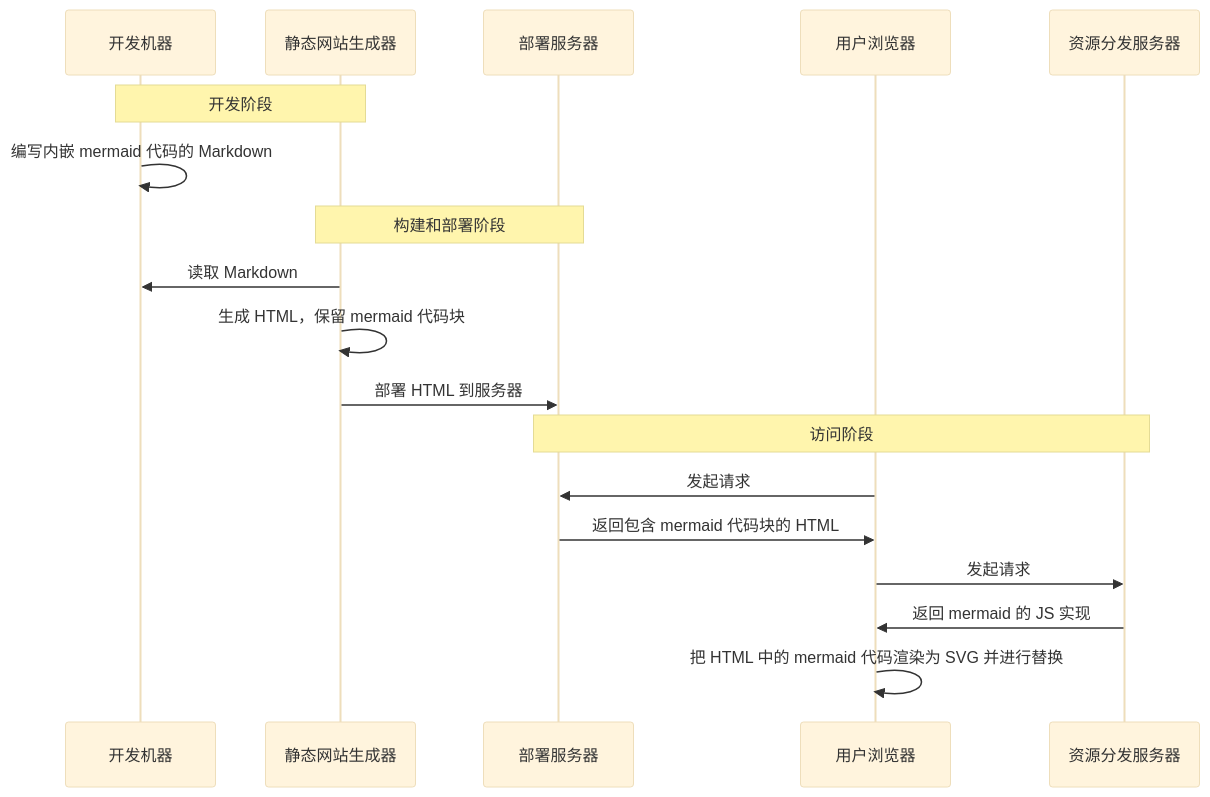
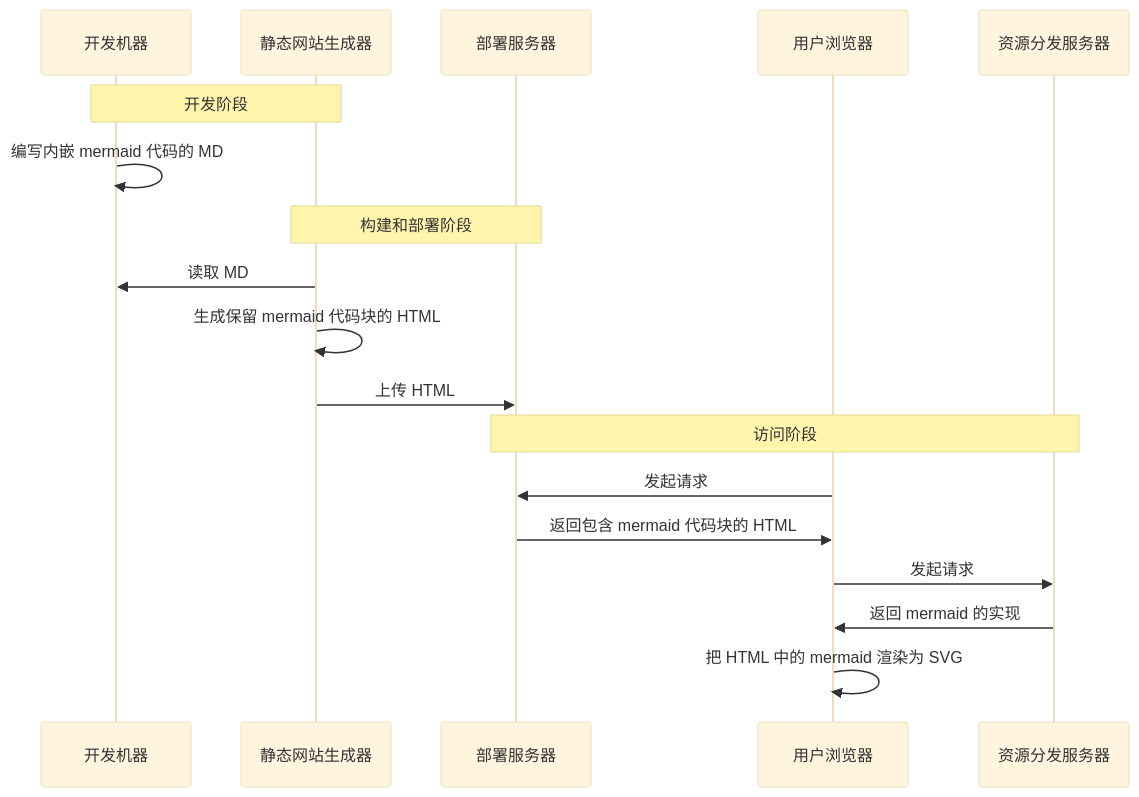
One commit to Juemuren/DevNotes changed the second of 2 diagrams in docs/文档工具/Mermaid.md. Above: the diagram before and after it, drawn with Mermaid (base theme). The commit also changed other lines of this file and 10 other files, not shown here.

````diff
--- a/docs/文档工具/Mermaid.md
+++ b/docs/文档工具/Mermaid.md
@@ -44,23 +44,23 @@
 ```mmd
 sequenceDiagram
     participant DM as 开发机器
     participant SSG as 静态网站生成器
     participant DS as 部署服务器
     participant B as 用户浏览器
     participant RDS as 资源分发服务器
     
     Note over DM, SSG: 开发阶段
-    DM ->> DM: 编写内嵌 mermaid 代码的 Markdown
+    DM ->> DM: 编写内嵌 mermaid 代码的 MD
     
     Note over SSG, DS: 构建和部署阶段
-    SSG ->> DM: 读取 Markdown
-    SSG ->> SSG: 生成 HTML，保留 mermaid 代码块
-    SSG ->> DS: 部署 HTML 到服务器
+    SSG ->> DM: 读取 MD
+    SSG ->> SSG: 生成保留 mermaid 代码块的 HTML 
+    SSG ->> DS: 上传 HTML
     
     Note over DS, RDS: 访问阶段
     B ->> DS: 发起请求
     DS ->> B: 返回包含 mermaid 代码块的 HTML
     B ->> RDS: 发起请求
-    RDS ->> B: 返回 mermaid 的 JS 实现
-    B ->> B: 把 HTML 中的 mermaid 代码渲染为 SVG 并进行替换
+    RDS ->> B: 返回 mermaid 的实现
+    B ->> B: 把 HTML 中的 mermaid 渲染为 SVG
 ```
````
